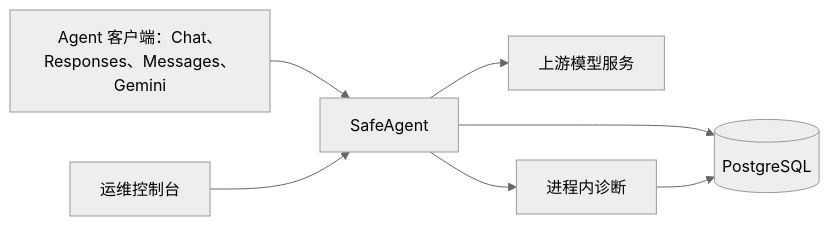
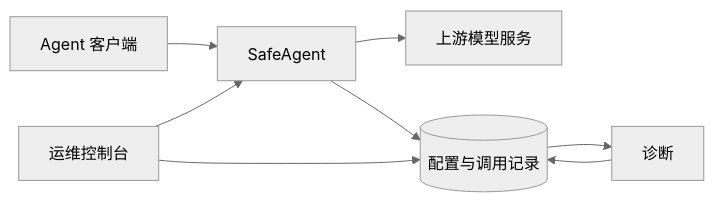
One commit to yv1ing/SafeAgent changed the diagram in docs/human/architecture_zh.md. Above: the diagram before and after it, drawn with Mermaid (neutral theme). The commit also changed other lines of this file and 70 other files, not shown here.

````diff
--- a/docs/human/architecture_zh.md
+++ b/docs/human/architecture_zh.md
@@ -9,9 +9,10 @@
 ```mermaid
 flowchart LR
-    Clients["Agent 客户端：Chat、Responses、Messages、Gemini"] --> Gateway["SafeAgent"]
+    Clients["Agent 客户端"] --> Gateway["SafeAgent"]
     Console["运维控制台"] --> Gateway
     Gateway --> Providers["上游模型服务"]
-    Gateway --> Analysis["进程内诊断"]
-    Gateway --> DB[("PostgreSQL")]
-    Analysis --> DB
+    Gateway --> History[("配置与调用记录")]
+    Console --> History
+    History --> Diagnosis["诊断"]
+    Diagnosis --> History
 ```
````
